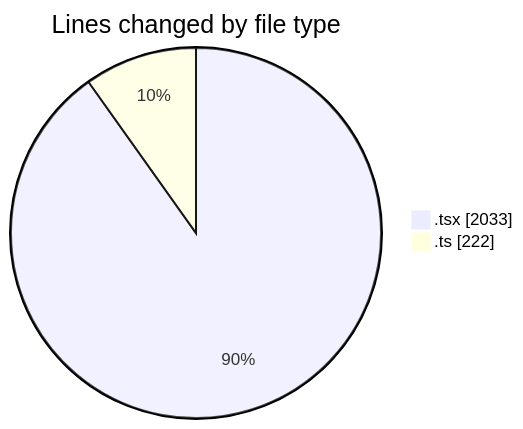
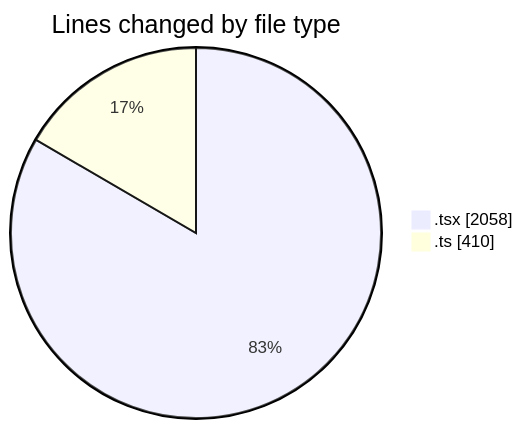
Before and after one commit to robertbonfada/code-tracking: the first of 2 diagrams in 2025-03-07/mbc-web/README.md, drawn with Mermaid. The commit also changed other lines of this file and 1 other file, not shown here.

````diff
--- a/2025-03-07/mbc-web/README.md
+++ b/2025-03-07/mbc-web/README.md
@@ -26,6 +27,6 @@
 ```mermaid
 pie showData
 title Lines changed by file type
-".tsx" : 2033
-".ts" : 222
+".tsx" : 2058
+".ts" : 410
 ```
````
